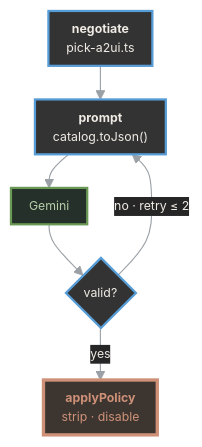
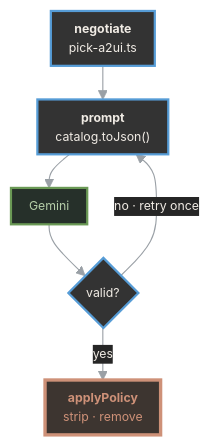
Before and after one commit to giorgiogalassi/talk-a2ui: the third of 3 diagrams in slides.md, drawn with Mermaid. The commit also changed other lines of this file and 1 other file, not shown here.

````diff
--- a/slides.md
+++ b/slides.md
@@ -534,13 +543,13 @@
 ```mermaid {scale: 0.74}
 %%{init: {"theme": "base", "themeVariables": {"fontFamily": "JetBrains Mono, monospace", "fontSize": "11px", "lineColor": "#9aa0a6", "edgeLabelBackground": "#262626", "primaryTextColor": "#f0ebe4"}, "flowchart": {"curve": "basis", "nodeSpacing": 28, "rankSpacing": 30, "padding": 8}}}%%
 flowchart TB
   A1["<b>negotiate</b><br/>pick-a2ui.ts"] --> A2["<b>prompt</b><br/>catalog.toJson()"] --> A3["Gemini"] --> A4{"valid?"}
-  A4 -- "no · retry ≤ 2" --> A2
-  A4 -- yes --> A5["<b>applyPolicy</b><br/>strip · disable"]
+  A4 -- "no · retry once" --> A2
+  A4 -- yes --> A5["<b>applyPolicy</b><br/>strip · remove"]
   classDef step fill:#333333,stroke:#569cd6,stroke-width:2px,color:#f0ebe4
   classDef hot fill:#3d3530,stroke:#ce9178,stroke-width:3px,color:#ce9178
   classDef tool fill:#26302a,stroke:#6a9955,stroke-width:2px,color:#b5cea8
   class A1,A2,A4 step
   class A3 tool
   class A5 hot
 ```
````
